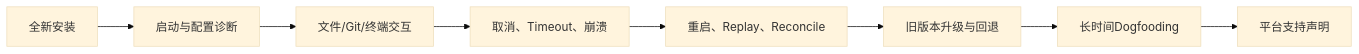
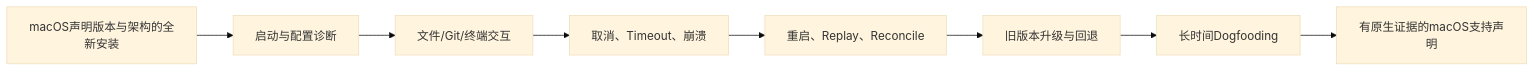
The diagram in docs/operations/platforms.md (carrie1988/Harnessix), drawn with Mermaid (base theme) before and after one commit. The commit also changed other lines of this file and 16 other files, not shown here.

````diff
--- a/docs/operations/platforms.md
+++ b/docs/operations/platforms.md
@@ -192,10 +198,10 @@
 ```mermaid
 flowchart LR
-    Install[全新安装] --> Start[启动与配置诊断]
+    Install[macOS声明版本与架构的全新安装] --> Start[启动与配置诊断]
     Start --> IO[文件/Git/终端交互]
     IO --> Failure[取消、Timeout、崩溃]
     Failure --> Recover[重启、Replay、Reconcile]
     Recover --> Upgrade[旧版本升级与回退]
     Upgrade --> Soak[长时间Dogfooding]
-    Soak --> Claim[平台支持声明]
+    Soak --> Claim[有原生证据的macOS支持声明]
 ```
````
